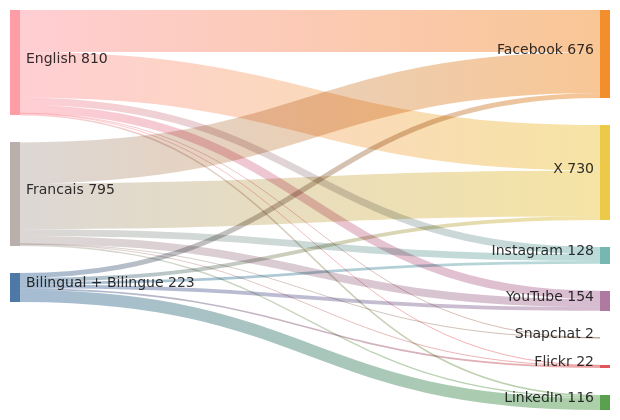
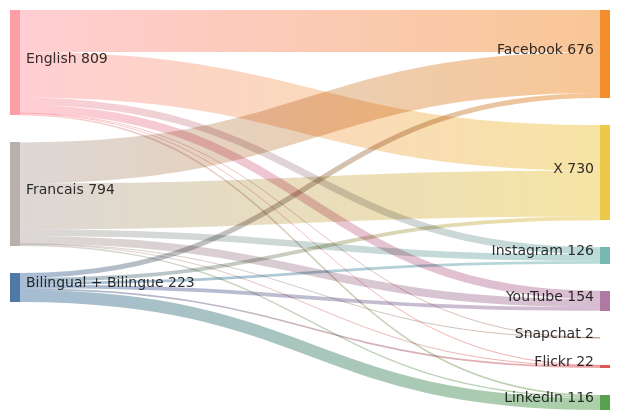
The diagram in sankey_diagram.md (PatLittle/GC-Socials), drawn with Mermaid before and after one commit.

Commit message:
Update Sankey diagram for the most recent day

````diff
--- a/sankey_diagram.md
+++ b/sankey_diagram.md
@@ -1,23 +1,23 @@
 ```mermaid
 sankey-beta
   Bilingual + Bilingue,Facebook,39
   Bilingual + Bilingue,Flickr,13
   Bilingual + Bilingue,Instagram,21
   Bilingual + Bilingue,LinkedIn,93
   Bilingual + Bilingue,X,29
   Bilingual + Bilingue,YouTube,28
   English,Facebook,323
   English,Flickr,5
-  English,Instagram,55
+  English,Instagram,54
   English,LinkedIn,12
   English,Snapchat,1
   English,X,349
   English,YouTube,65
   Francais,Facebook,314
   Francais,Flickr,4
-  Francais,Instagram,52
+  Francais,Instagram,51
   Francais,LinkedIn,11
   Francais,Snapchat,1
   Francais,X,352
   Francais,YouTube,61
 ```
````
